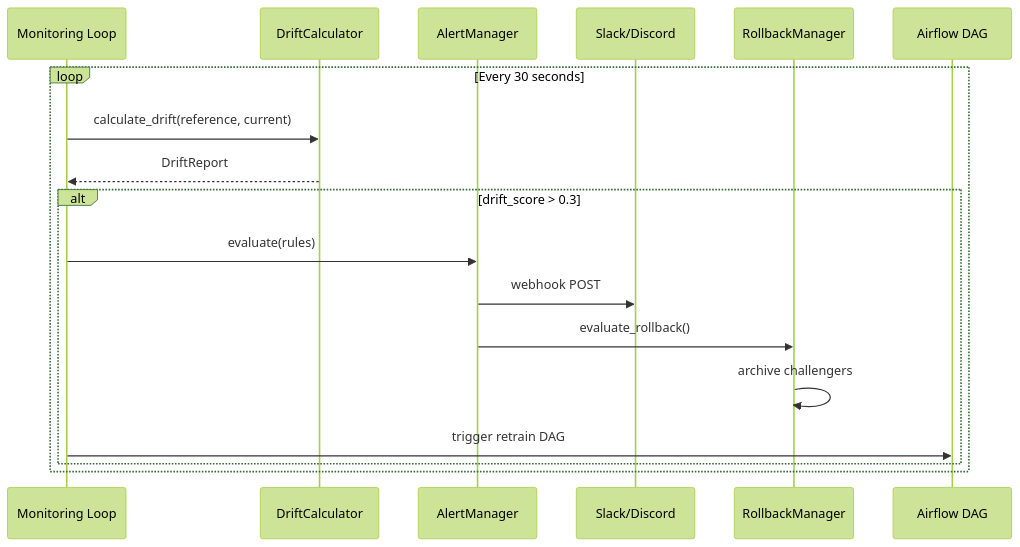
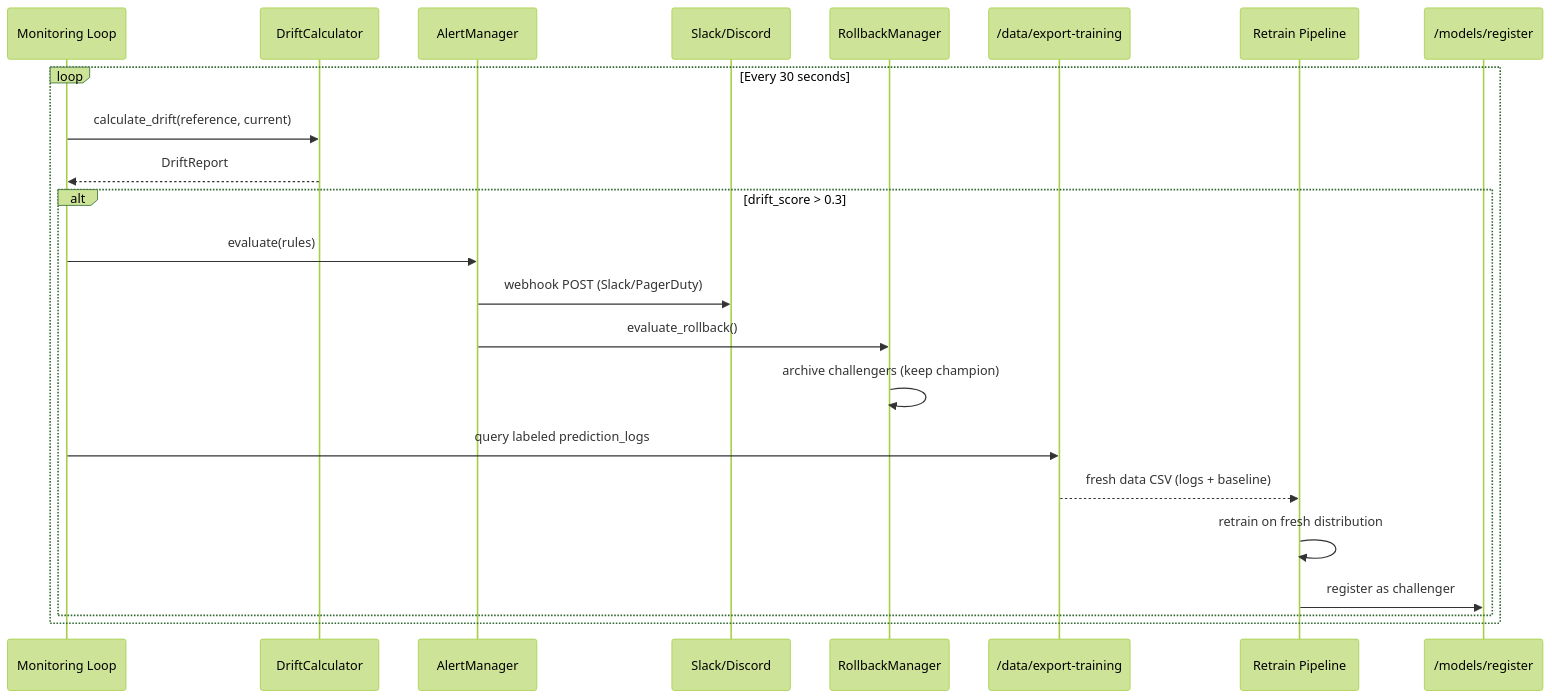
One commit to vtnguyen04/phoenix_ML changed the second of 2 diagrams in docs/guides/monitoring.md. Above: the diagram before and after it, drawn with Mermaid (forest theme). The commit also changed other lines of this file and 95 other files, not shown here.

First line of the commit message:
feat: add training pipeline DAG, system metrics, and platform module

````diff
--- a/docs/guides/monitoring.md
+++ b/docs/guides/monitoring.md
@@ -330,22 +330,27 @@
 ```mermaid
 sequenceDiagram
     participant Monitor as Monitoring Loop
     participant Drift as DriftCalculator
     participant Alert as AlertManager
     participant Notify as Slack/Discord
     participant Rollback as RollbackManager
-    participant Airflow as Airflow DAG
+    participant Export as /data/export-training
+    participant Train as Retrain Pipeline
+    participant Register as /models/register
     
     loop Every 30 seconds
         Monitor->>Drift: calculate_drift(reference, current)
         Drift-->>Monitor: DriftReport
         
         alt drift_score > 0.3
             Monitor->>Alert: evaluate(rules)
-            Alert->>Notify: webhook POST
+            Alert->>Notify: webhook POST (Slack/PagerDuty)
             Alert->>Rollback: evaluate_rollback()
-            Rollback->>Rollback: archive challengers
-            Monitor->>Airflow: trigger retrain DAG
+            Rollback->>Rollback: archive challengers (keep champion)
+            Monitor->>Export: query labeled prediction_logs
+            Export-->>Train: fresh data CSV (logs + baseline)
+            Train->>Train: retrain on fresh distribution
+            Train->>Register: register as challenger
         end
     end
 ```
````
